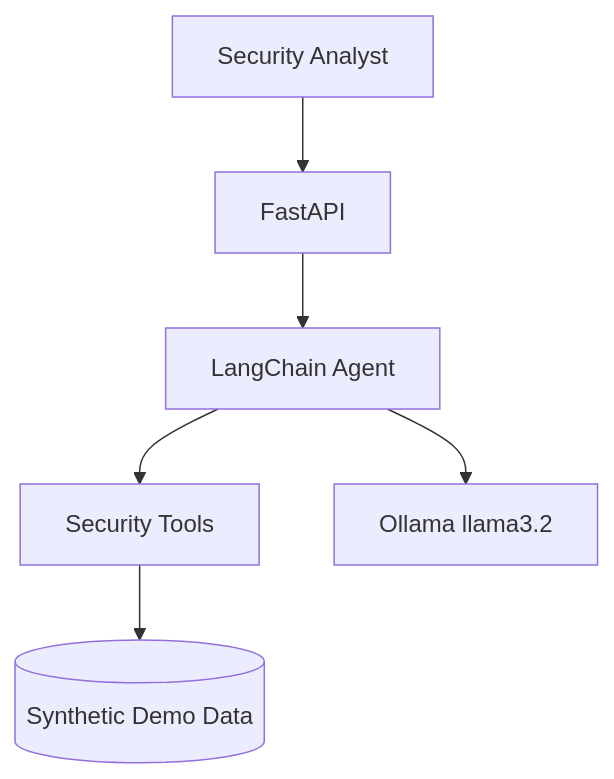
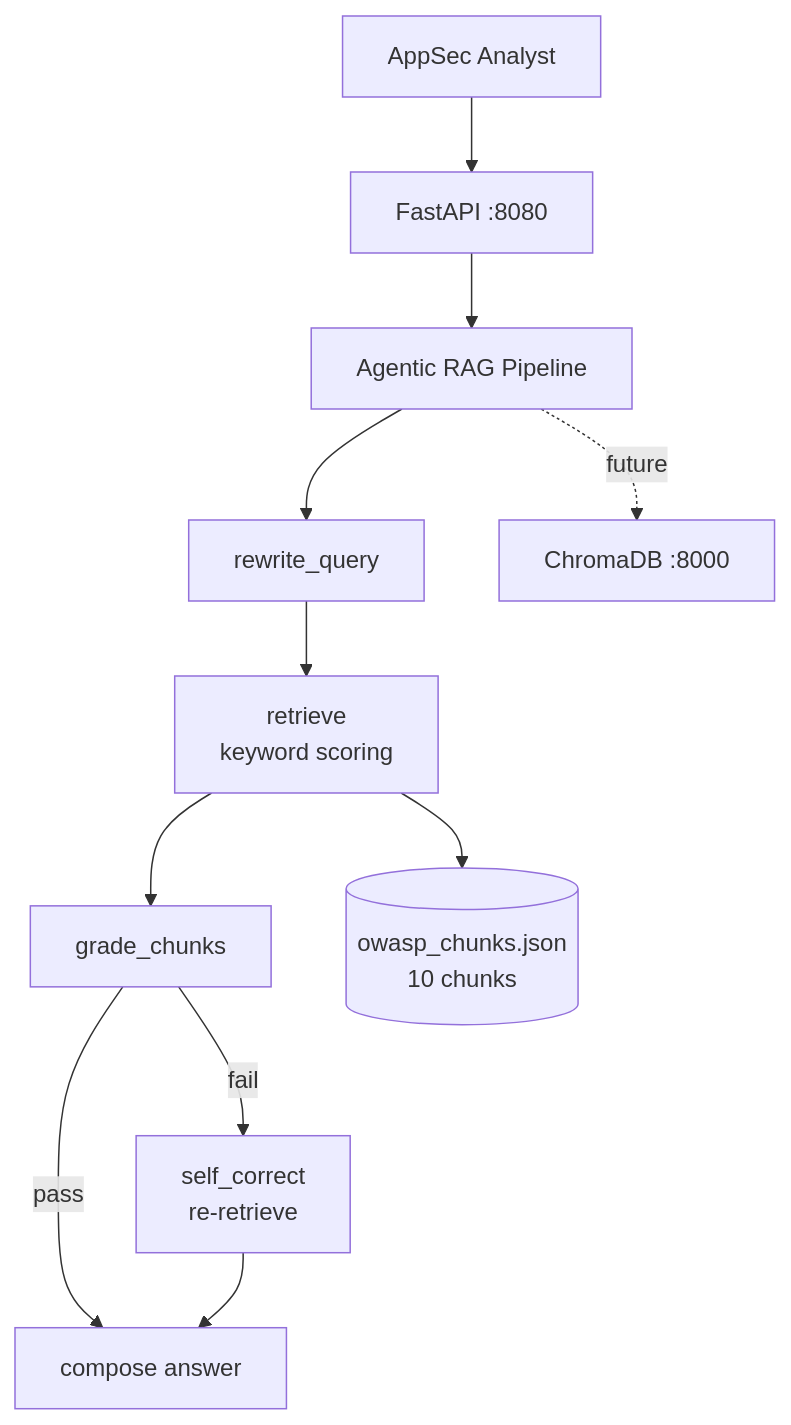
The first of 2 diagrams in README.md (manja7304/owasp-agentic-rag-assistant), drawn with Mermaid before and after one commit. The commit also changed other lines of this file, not shown here.

````diff
--- a/README.md
+++ b/README.md
@@ -15,8 +29,13 @@
 ```mermaid
 flowchart TB
-  User[Security Analyst] --> API[FastAPI]
-  API --> Agent[LangChain Agent]
-  Agent --> Tools[Security Tools]
-  Agent --> LLM[Ollama llama3.2]
-  Tools --> DemoData[(Synthetic Demo Data)]
+  Analyst[AppSec Analyst] --> API[FastAPI :8080]
+  API --> Pipeline[Agentic RAG Pipeline]
+  Pipeline --> Rewrite[rewrite_query]
+  Rewrite --> Retrieve[retrieve\nkeyword scoring]
+  Retrieve --> Grade[grade_chunks]
+  Grade -->|fail| Correct[self_correct\nre-retrieve]
+  Grade -->|pass| Answer[compose answer]
+  Correct --> Answer
+  Retrieve --> Chunks[(owasp_chunks.json\n10 chunks)]
+  Pipeline -.->|future| Chroma[ChromaDB :8000]
 ```
````
